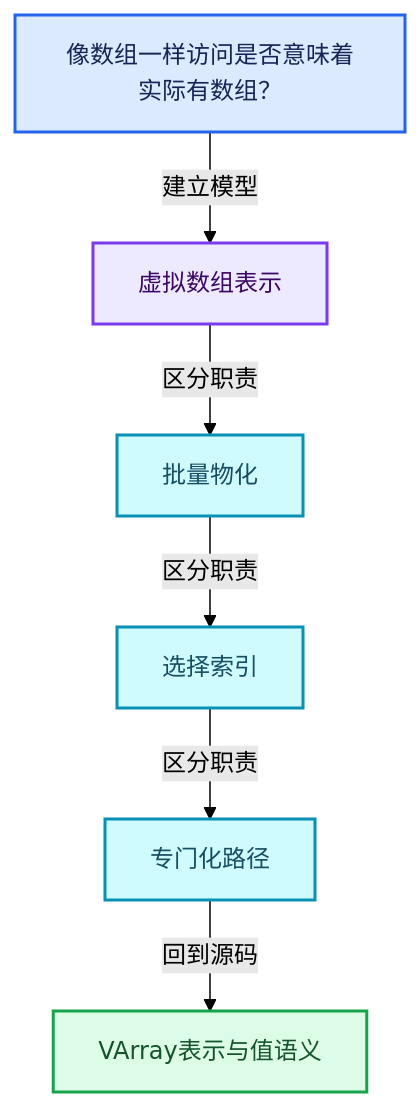
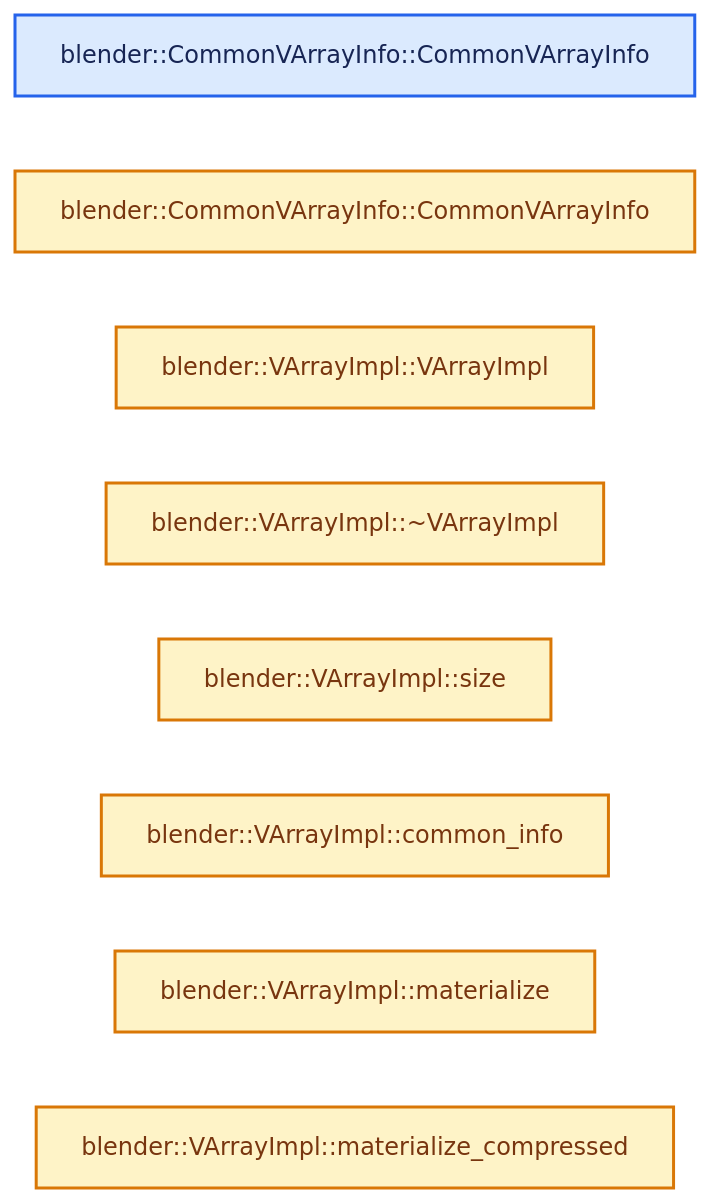
Before and after one commit to yunkezengren/blender-.vscode: the second of 4 diagrams in 杂/markdown/全面学习-codex/04-虚拟数组与索引选择/01-VArray表示与值语义.md, drawn with Mermaid (forest theme). The commit also changed other lines of this file and 1930 other files, not shown here.

````diff
--- a/杂/markdown/全面学习-codex/04-虚拟数组与索引选择/01-VArray表示与值语义.md
+++ b/杂/markdown/全面学习-codex/04-虚拟数组与索引选择/01-VArray表示与值语义.md
@@ -58,20 +46,17 @@
 ```mermaid
-flowchart TB
-  Q["像数组一样访问是否意味着实际有数组？"]:::input
-  C0["虚拟数组表示"]:::abstraction
-  C1["批量物化"]:::data
-  C2["选择索引"]:::data
-  C3["专门化路径"]:::data
-  R["VArray表示与值语义"]:::result
-  Q -->|"建立模型"| C0
-  C0 -->|"区分职责"| C1
-  C1 -->|"区分职责"| C2
-  C2 -->|"区分职责"| C3
-  C3 -->|"回到源码"| R
+flowchart LR
+  F0["blender::CommonVArrayInfo::CommonVArrayInfo"]:::input
+  F1["blender::CommonVArrayInfo::CommonVArrayInfo"]:::compute
+  F2["blender::VArrayImpl::VArrayImpl"]:::compute
+  F3["blender::VArrayImpl::~VArrayImpl"]:::compute
+  F4["blender::VArrayImpl::size"]:::compute
+  F5["blender::VArrayImpl::common_info"]:::compute
+  F6["blender::VArrayImpl::materialize"]:::compute
+  F7["blender::VArrayImpl::materialize_compressed"]:::compute
   classDef input fill:#DBEAFE,stroke:#2563EB,color:#172554,stroke-width:2px;
   classDef data fill:#CFFAFE,stroke:#0891B2,color:#164E63,stroke-width:2px;
   classDef abstraction fill:#EDE9FE,stroke:#7C3AED,color:#3B0764,stroke-width:2px;
   classDef compute fill:#FEF3C7,stroke:#D97706,color:#78350F,stroke-width:2px;
   classDef result fill:#DCFCE7,stroke:#16A34A,color:#14532D,stroke-width:2px;
   classDef error fill:#FEE2E2,stroke:#DC2626,color:#7F1D1D,stroke-width:2px;
 ```
````
